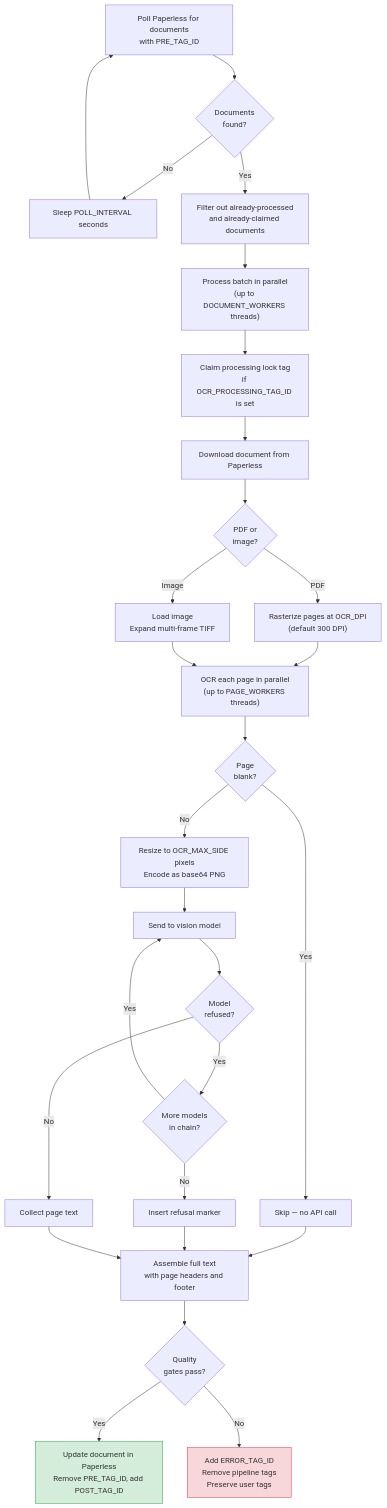
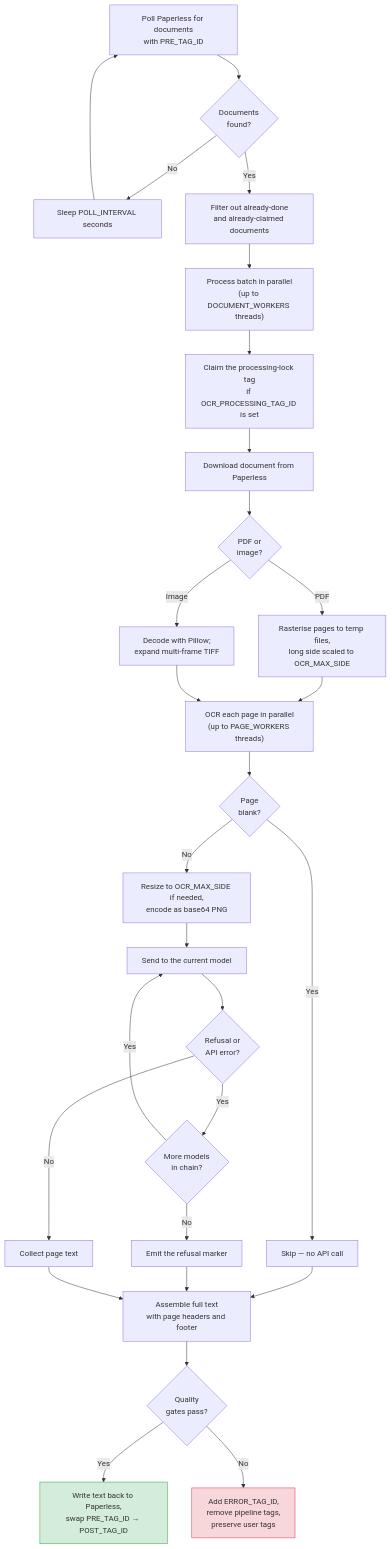
The diagram in docs/ocr-pipeline.md (rossetv/paperless-ai), drawn with Mermaid before and after one commit. The commit also changed other lines of this file and 12 other files, not shown here.

````diff
--- a/docs/ocr-pipeline.md
+++ b/docs/ocr-pipeline.md
@@ -11,37 +13,37 @@
 ```mermaid
 flowchart TD
     A[Poll Paperless for documents\nwith PRE_TAG_ID] --> B{Documents\nfound?}
     B -- No --> C[Sleep POLL_INTERVAL seconds]
     C --> A
-    B -- Yes --> D[Filter out already-processed\nand already-claimed documents]
+    B -- Yes --> D[Filter out already-done\nand already-claimed documents]
     D --> E["Process batch in parallel\n(up to DOCUMENT_WORKERS threads)"]
 
-    E --> F[Claim processing lock tag\nif OCR_PROCESSING_TAG_ID is set]
+    E --> F[Claim the processing-lock tag\nif OCR_PROCESSING_TAG_ID is set]
     F --> G[Download document from Paperless]
     G --> H{PDF or\nimage?}
-    H -- PDF --> I["Rasterize pages at OCR_DPI\n(default 300 DPI)"]
-    H -- Image --> J[Load image\nExpand multi-frame TIFF]
+    H -- PDF --> I["Rasterise pages to temp files,\nlong side scaled to OCR_MAX_SIDE"]
+    H -- Image --> J[Decode with Pillow;\nexpand multi-frame TIFF]
     I --> K["OCR each page in parallel\n(up to PAGE_WORKERS threads)"]
     J --> K
 
     K --> L{Page\nblank?}
     L -- Yes --> M[Skip — no API call]
-    L -- No --> N["Resize to OCR_MAX_SIDE pixels\nEncode as base64 PNG"]
-    N --> O[Send to vision model]
-    O --> P{Model\nrefused?}
+    L -- No --> N["Resize to OCR_MAX_SIDE if needed,\nencode as base64 PNG"]
+    N --> O[Send to the current model]
+    O --> P{Refusal or\nAPI error?}
     P -- Yes --> Q{More models\nin chain?}
     Q -- Yes --> O
-    Q -- No --> R[Insert refusal marker]
+    Q -- No --> R[Emit the refusal marker]
     P -- No --> S[Collect page text]
 
     M --> T[Assemble full text\nwith page headers and footer]
     R --> T
     S --> T
 
     T --> U{Quality\ngates pass?}
-    U -- Yes --> V["Update document in Paperless\nRemove PRE_TAG_ID, add POST_TAG_ID"]
-    U -- No --> W["Add ERROR_TAG_ID\nRemove pipeline tags\nPreserve user tags"]
+    U -- Yes --> V["Write text back to Paperless,\nswap PRE_TAG_ID → POST_TAG_ID"]
+    U -- No --> W["Add ERROR_TAG_ID,\nremove pipeline tags,\npreserve user tags"]
 
     style V fill:#d4edda,stroke:#28a745
     style W fill:#f8d7da,stroke:#dc3545
 ```
````
